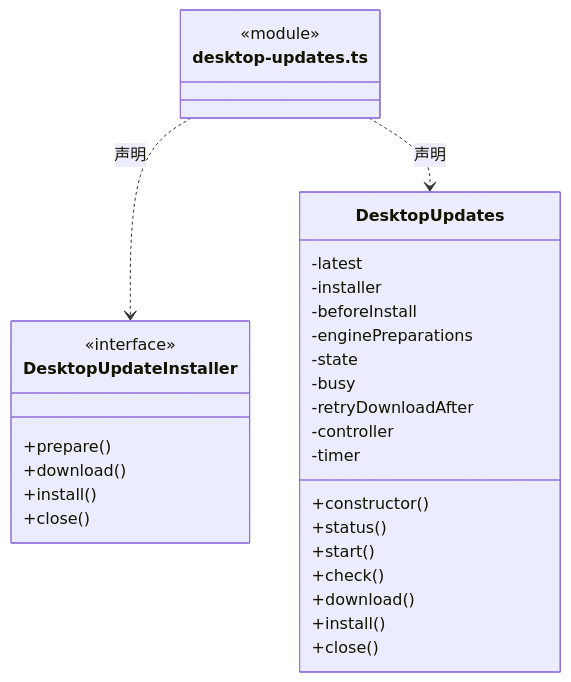
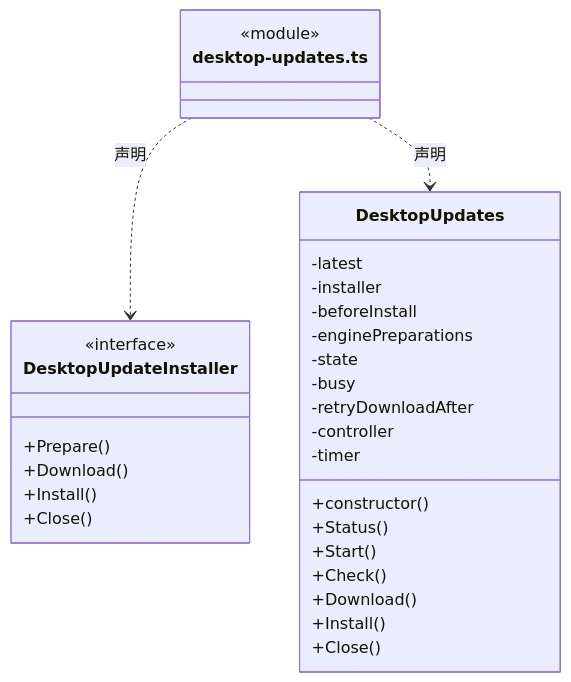
One commit to nan023062/cbim changed the second of 28 diagrams in src/logic/updates/service/ARCHITECTURE.md. Above: the diagram before and after it, drawn with Mermaid. The commit also changed other lines of this file and 1035 other files, not shown here.

````diff
--- a/src/logic/updates/service/ARCHITECTURE.md
+++ b/src/logic/updates/service/ARCHITECTURE.md
@@ -55,33 +55,33 @@
 ```mermaid
 classDiagram
 class N_src_logic_updates_service_desktop_updates_ts["desktop-updates.ts"] {
   <<module>>
 }
 class N_src_logic_updates_service_desktop_updates_ts_DesktopUpdateInstaller["DesktopUpdateInstaller"] {
   <<interface>>
-  +prepare()
-  +download()
-  +install()
-  +close()
+  +Prepare()
+  +Download()
+  +Install()
+  +Close()
 }
 N_src_logic_updates_service_desktop_updates_ts ..> N_src_logic_updates_service_desktop_updates_ts_DesktopUpdateInstaller : 声明
 class N_src_logic_updates_service_desktop_updates_ts_DesktopUpdates["DesktopUpdates"] {
   +constructor()
-  +status()
-  +start()
-  +check()
-  +download()
-  +install()
-  +close()
+  +Status()
+  +Start()
+  +Check()
+  +Download()
+  +Install()
+  +Close()
   -latest
   -installer
   -beforeInstall
   -enginePreparations
   -state
   -busy
   -retryDownloadAfter
   -controller
   -timer
 }
 N_src_logic_updates_service_desktop_updates_ts ..> N_src_logic_updates_service_desktop_updates_ts_DesktopUpdates : 声明
 ```
````
